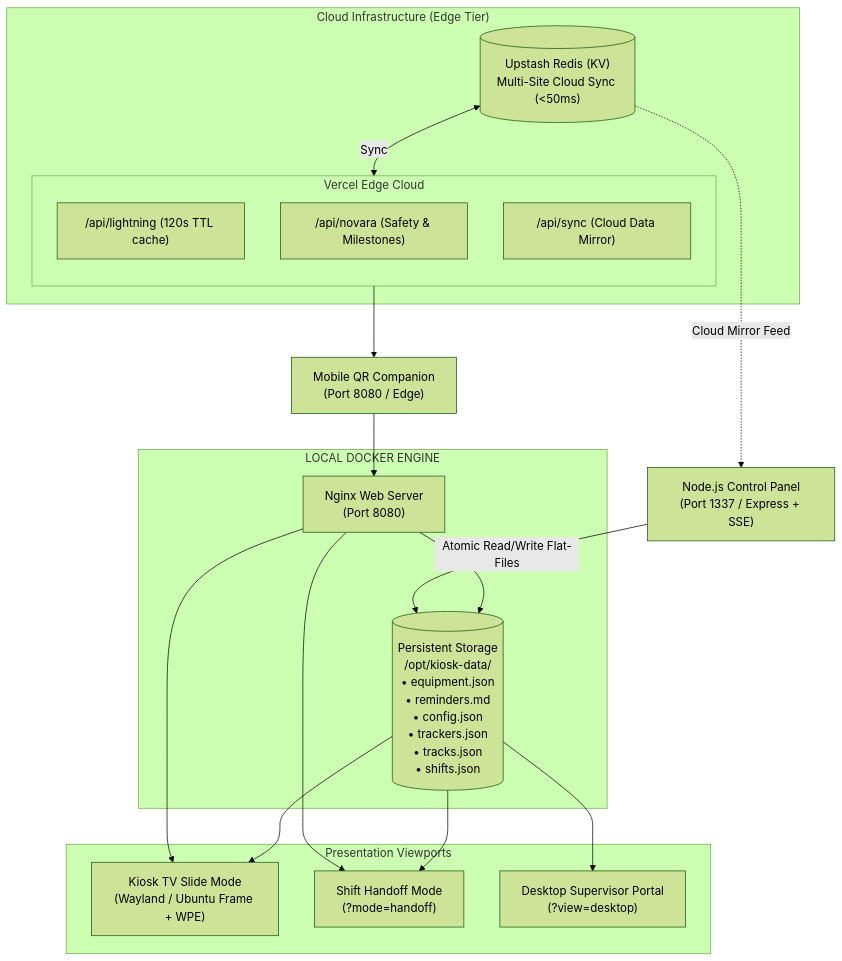
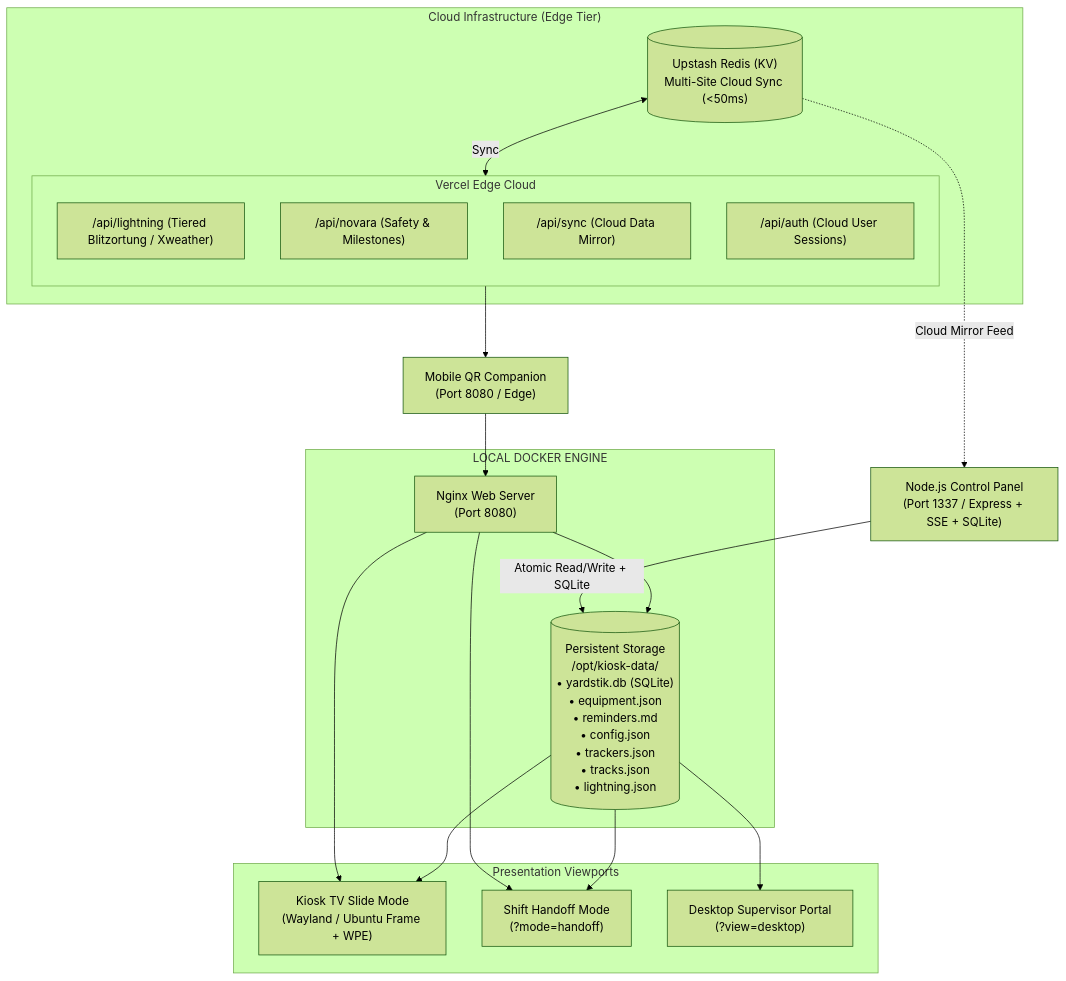
One commit to Techsmith404/yardstik changed the diagram in README.md. Above: the diagram before and after it, drawn with Mermaid (forest theme). The commit also changed other lines of this file and 2 other files, not shown here.

Commit message:
docs: modernize README with tiered lightning, update setup guide, and purge deprecated package/deploy scripts

````diff
--- a/README.md
+++ b/README.md
@@ -187,48 +201,49 @@
 ```mermaid
 flowchart TD
     %% Cloud Tier
     subgraph CLOUD["Cloud Infrastructure (Edge Tier)"]
         UPSTASH[("Upstash Redis (KV)<br>Multi-Site Cloud Sync (<50ms)")]
 
         subgraph VERCEL["Vercel Edge Cloud"]
             direction TB
-            V_LIGHT["/api/lightning (120s TTL cache)"]
+            V_LIGHT["/api/lightning (Tiered Blitzortung / Xweather)"]
             V_NOVARA["/api/novara (Safety & Milestones)"]
             V_SYNC["/api/sync (Cloud Data Mirror)"]
+            V_AUTH["/api/auth (Cloud User Sessions)"]
         end
     end
 
     %% Edge Ingestion / Mobile
     QR["Mobile QR Companion<br>(Port 8080 / Edge)"]
 
     %% Host & Docker Engine
-    NODE_HOST["Node.js Control Panel<br>(Port 1337 / Express + SSE)"]
+    NODE_HOST["Node.js Control Panel<br>(Port 1337 / Express + SSE + SQLite)"]
 
     subgraph DOCKER["LOCAL DOCKER ENGINE"]
         NGINX["Nginx Web Server<br>(Port 8080)"]
 
-        VOLUME[("Persistent Storage<br>/opt/kiosk-data/<br>• equipment.json<br>• reminders.md<br>• config.json<br>• trackers.json<br>• tracks.json<br>• shifts.json")]
+        VOLUME[("Persistent Storage<br>/opt/kiosk-data/<br>• yardstik.db (SQLite)<br>• equipment.json<br>• reminders.md<br>• config.json<br>• trackers.json<br>• tracks.json<br>• lightning.json")]
     end
 
     %% Client Displays
     subgraph CLIENTS["Presentation Viewports"]
         KIOSK["Kiosk TV Slide Mode<br>(Wayland / Ubuntu Frame + WPE)"]
         HANDOFF["Shift Handoff Mode<br>(?mode=handoff)"]
         DESKTOP["Desktop Supervisor Portal<br>(?view=desktop)"]
     end
 
     %% Relationships
     UPSTASH <-->|Sync| VERCEL
     VERCEL --> QR
     QR --> NGINX
 
     UPSTASH -.->|Cloud Mirror Feed| NODE_HOST
-    NODE_HOST -->|Atomic Read/Write Flat-Files| VOLUME
+    NODE_HOST -->|Atomic Read/Write + SQLite| VOLUME
 
     NGINX --> VOLUME
     NGINX --> KIOSK
     NGINX --> HANDOFF
     VOLUME --> KIOSK
     VOLUME --> HANDOFF
     VOLUME --> DESKTOP
 ```
````
